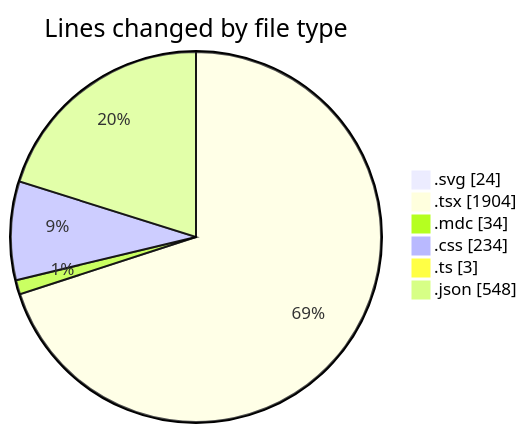
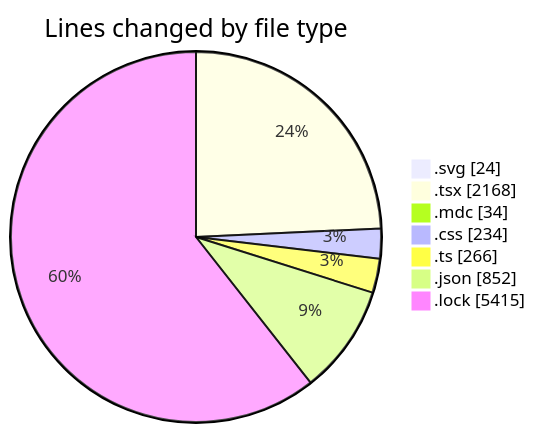
The first of 2 diagrams in 2025-07-18/ribbon/README.md (EIIisD/code-tracking), drawn with Mermaid before and after one commit. The commit also changed other lines of this file and 1 other file, not shown here.

````diff
--- a/2025-07-18/ribbon/README.md
+++ b/2025-07-18/ribbon/README.md
@@ -29,10 +35,11 @@
 ```mermaid
 pie showData
 title Lines changed by file type
 ".svg" : 24
-".tsx" : 1904
+".tsx" : 2168
 ".mdc" : 34
 ".css" : 234
-".ts" : 3
-".json" : 548
+".ts" : 266
+".json" : 852
+".lock" : 5415
 ```
````
